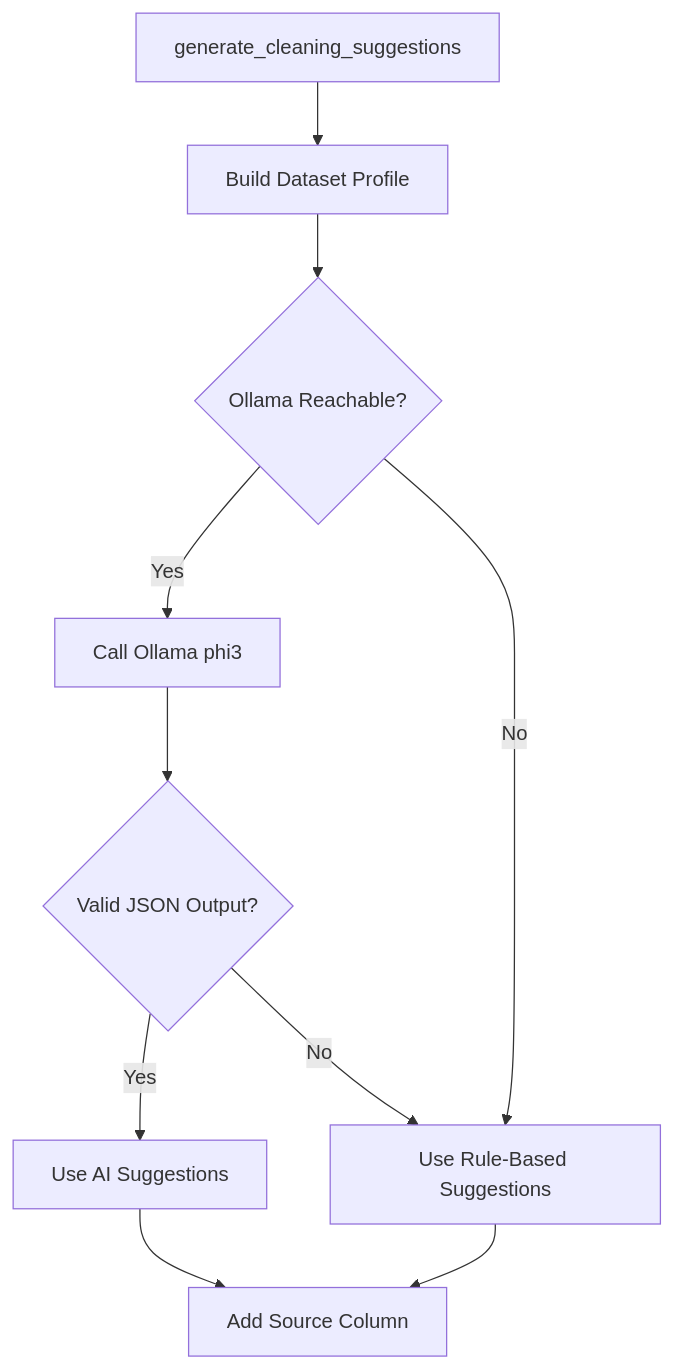
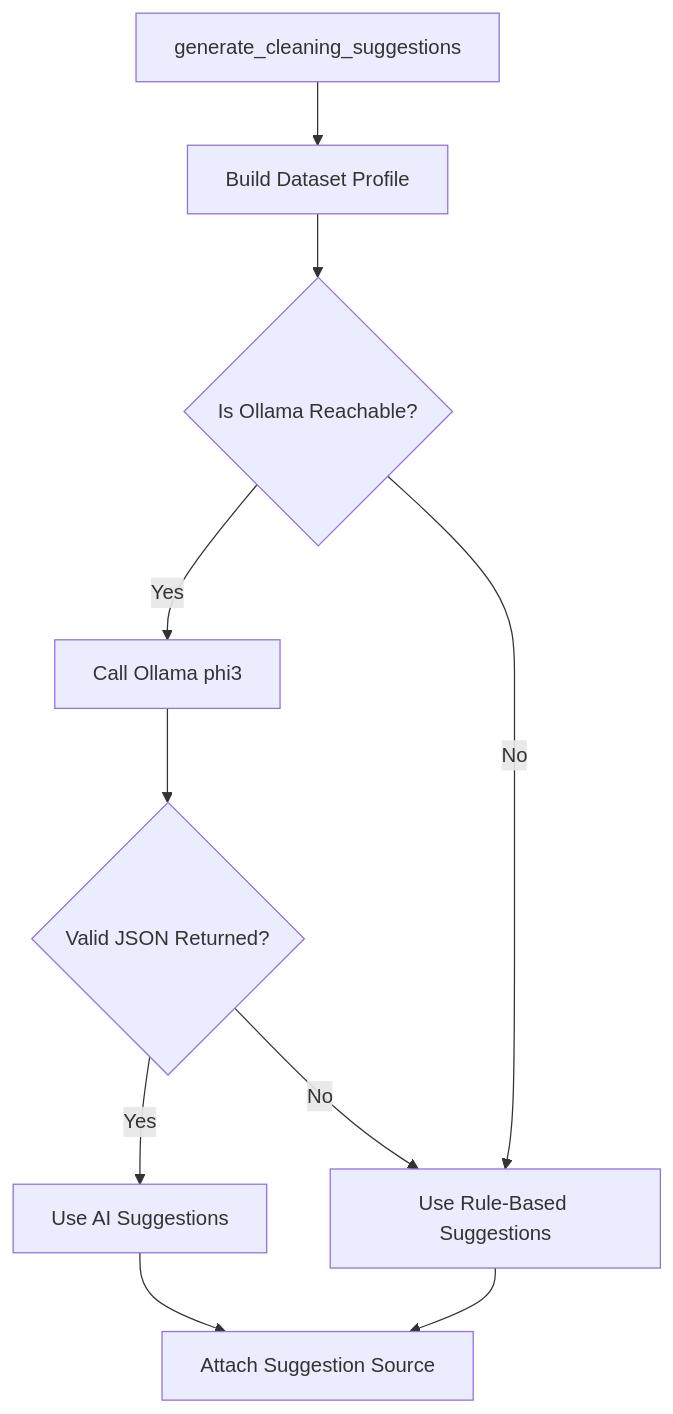
The fourth of 7 diagrams in README.md (Kravi21062/DataRefine-AI-Data-Cleaner), drawn with Mermaid before and after one commit. The commit also changed other lines of this file, not shown here.

````diff
--- a/README.md
+++ b/README.md
@@ -71,12 +105,22 @@
 ```mermaid
 flowchart TD
-    A[generate_cleaning_suggestions] --> B[Build Dataset Profile]
-    B --> C{Ollama Reachable?}
-    C -->|Yes| D[Call Ollama phi3]
-    D --> E{Valid JSON Output?}
-    E -->|Yes| F[Use AI Suggestions]
-    E -->|No| G[Use Rule-Based Suggestions]
+
+    A["generate_cleaning_suggestions"]
+        --> B["Build Dataset Profile"]
+
+    B --> C{"Is Ollama Reachable?"}
+
+    C -->|Yes| D["Call Ollama phi3"]
+
+    D --> E{"Valid JSON Returned?"}
+
+    E -->|Yes| F["Use AI Suggestions"]
+
+    E -->|No| G["Use Rule-Based Suggestions"]
+
     C -->|No| G
-    F --> H[Add Source Column]
+
+    F --> H["Attach Suggestion Source"]
+
     G --> H
 ```
````
